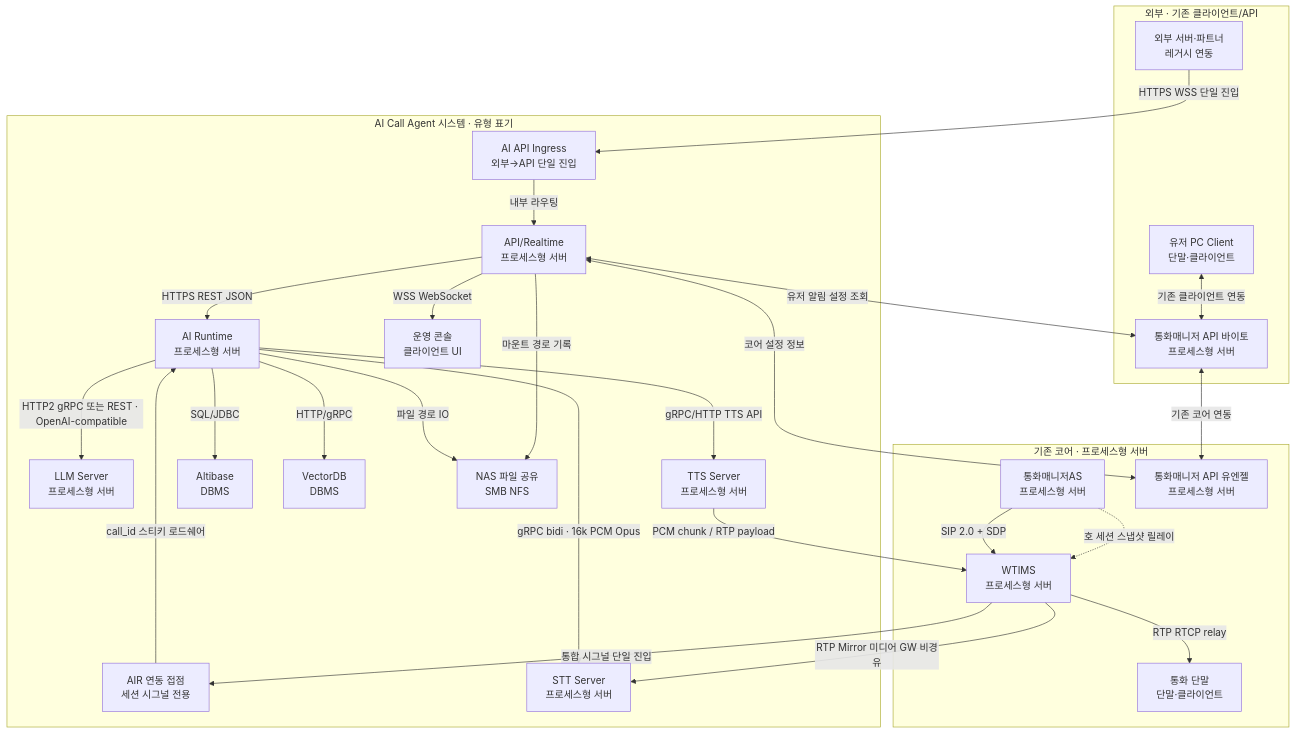
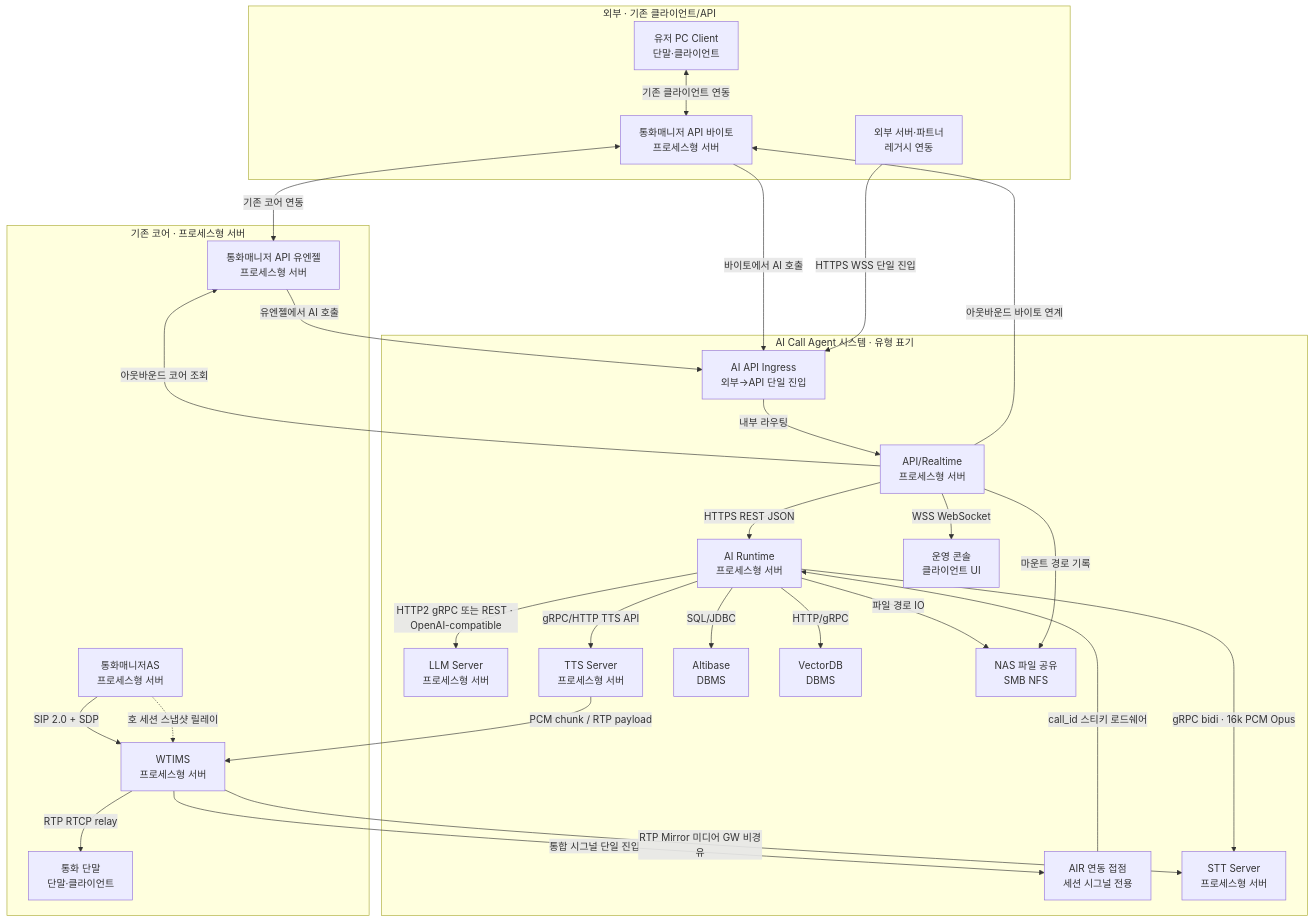
One commit to hak023/agentic_ai_callbot changed the second of 5 diagrams in docs/architecture/production-deployment-architecture.md. Above: the diagram before and after it, drawn with Mermaid. The commit also changed other lines of this file, not shown here.

Commit message:
docs(architecture): Ingress 단일 접점 동기화(sip-pbx)

````diff
--- a/docs/architecture/production-deployment-architecture.md
+++ b/docs/architecture/production-deployment-architecture.md
@@ -313,46 +315,48 @@
 ```mermaid
 flowchart TD
     subgraph EXT_LEGACY["외부 · 기존 클라이언트/API"]
         PCL["유저 PC Client<br/>단말·클라이언트"]
         BAPI["통화매니저 API 바이토<br/>프로세스형 서버"]
         EXTAPI["외부 서버·파트너<br/>레거시 연동"]
     end
     subgraph CORE["기존 코어 · 프로세스형 서버"]
         CM["통화매니저AS<br/>프로세스형 서버"] -->|SIP 2.0 + SDP| WT["WTIMS<br/>프로세스형 서버"]
         CM -.->|호 세션 스냅샷 릴레이| WT
         WT -->|RTP RTCP relay| EP["통화 단말<br/>단말·클라이언트"]
         UAPI["통화매니저 API 유엔젤<br/>프로세스형 서버"]
     end
     subgraph ACA["AI Call Agent 시스템 · 유형 표기"]
         GW["AIR 연동 접점<br/>세션 시그널 전용"]
         STT["STT Server<br/>프로세스형 서버"]
         AIR["AI Runtime<br/>프로세스형 서버"]
         LLM["LLM Server<br/>프로세스형 서버"]
         TTS["TTS Server<br/>프로세스형 서버"]
         APIGW["AI API Ingress<br/>외부→API 단일 진입"]
         API["API/Realtime<br/>프로세스형 서버"]
         CON["운영 콘솔<br/>클라이언트 UI"]
         ALT["Altibase<br/>DBMS"]
         VDB["VectorDB<br/>DBMS"]
         NASN["NAS 파일 공유<br/>SMB NFS"]
     end
     PCL <-->|기존 클라이언트 연동| BAPI
     BAPI <-->|기존 코어 연동| UAPI
+    UAPI -->|유엔젤에서 AI 호출| APIGW
+    BAPI -->|바이토에서 AI 호출| APIGW
     EXTAPI -->|HTTPS WSS 단일 진입| APIGW
     APIGW -->|내부 라우팅| API
-    API <-->|코어 설정 정보| UAPI
-    API <-->|유저 알림 설정 조회| BAPI
+    API -->|아웃바운드 코어 조회| UAPI
+    API -->|아웃바운드 바이토 연계| BAPI
     WT -->|통합 시그널 단일 진입| GW
     GW -->|call_id 스티키 로드쉐어| AIR
     WT -->|RTP Mirror 미디어 GW 비경유| STT
     AIR -->|gRPC bidi · 16k PCM Opus| STT
     AIR -->|HTTP2 gRPC 또는 REST · OpenAI-compatible| LLM
     AIR -->|gRPC/HTTP TTS API| TTS
     TTS -->|PCM chunk / RTP payload| WT
     API -->|HTTPS REST JSON| AIR
     API -->|WSS WebSocket| CON
     AIR -->|SQL/JDBC| ALT
     AIR -->|HTTP/gRPC| VDB
     AIR -->|파일 경로 IO| NASN
     API -->|마운트 경로 기록| NASN
 ```
````
